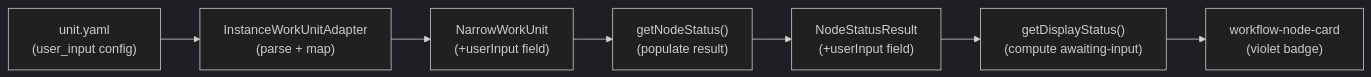
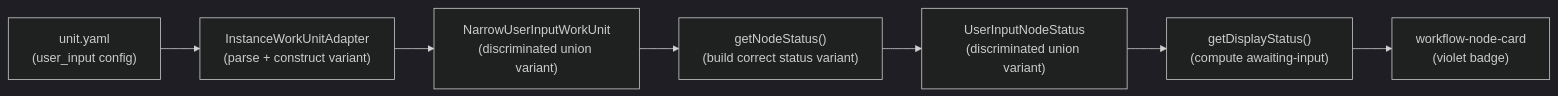
The second of 3 diagrams in docs/plans/054-unified-human-input/tasks/phase-1-nodestatus-display/tasks.md (AI-Substrate/chainglass), drawn with Mermaid (dark theme) before and after one commit. The commit also changed other lines of this file and 4 other files, not shown here.

First line of the commit message:
Add Workshop 011: discriminated type architecture for human input

````diff
--- a/docs/plans/054-unified-human-input/tasks/phase-1-nodestatus-display/tasks.md
+++ b/docs/plans/054-unified-human-input/tasks/phase-1-nodestatus-display/tasks.md
@@ -141,9 +160,9 @@
 ```mermaid
 flowchart LR
-    A["unit.yaml<br/>(user_input config)"] --> B["InstanceWorkUnitAdapter<br/>(parse + map)"]
-    B --> C["NarrowWorkUnit<br/>(+userInput field)"]
-    C --> D["getNodeStatus()<br/>(populate result)"]
-    D --> E["NodeStatusResult<br/>(+userInput field)"]
+    A["unit.yaml<br/>(user_input config)"] --> B["InstanceWorkUnitAdapter<br/>(parse + construct variant)"]
+    B --> C["NarrowUserInputWorkUnit<br/>(discriminated union variant)"]
+    C --> D["getNodeStatus()<br/>(build correct status variant)"]
+    D --> E["UserInputNodeStatus<br/>(discriminated union variant)"]
     E --> F["getDisplayStatus()<br/>(compute awaiting-input)"]
     F --> G["workflow-node-card<br/>(violet badge)"]
 ```
````
